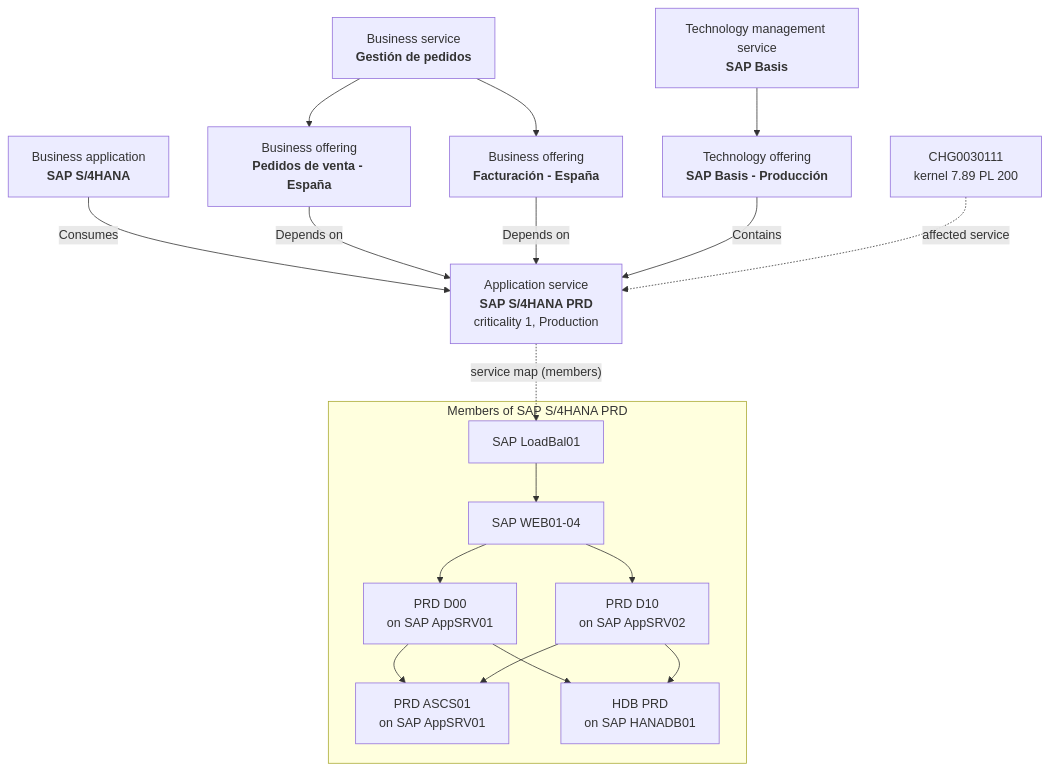
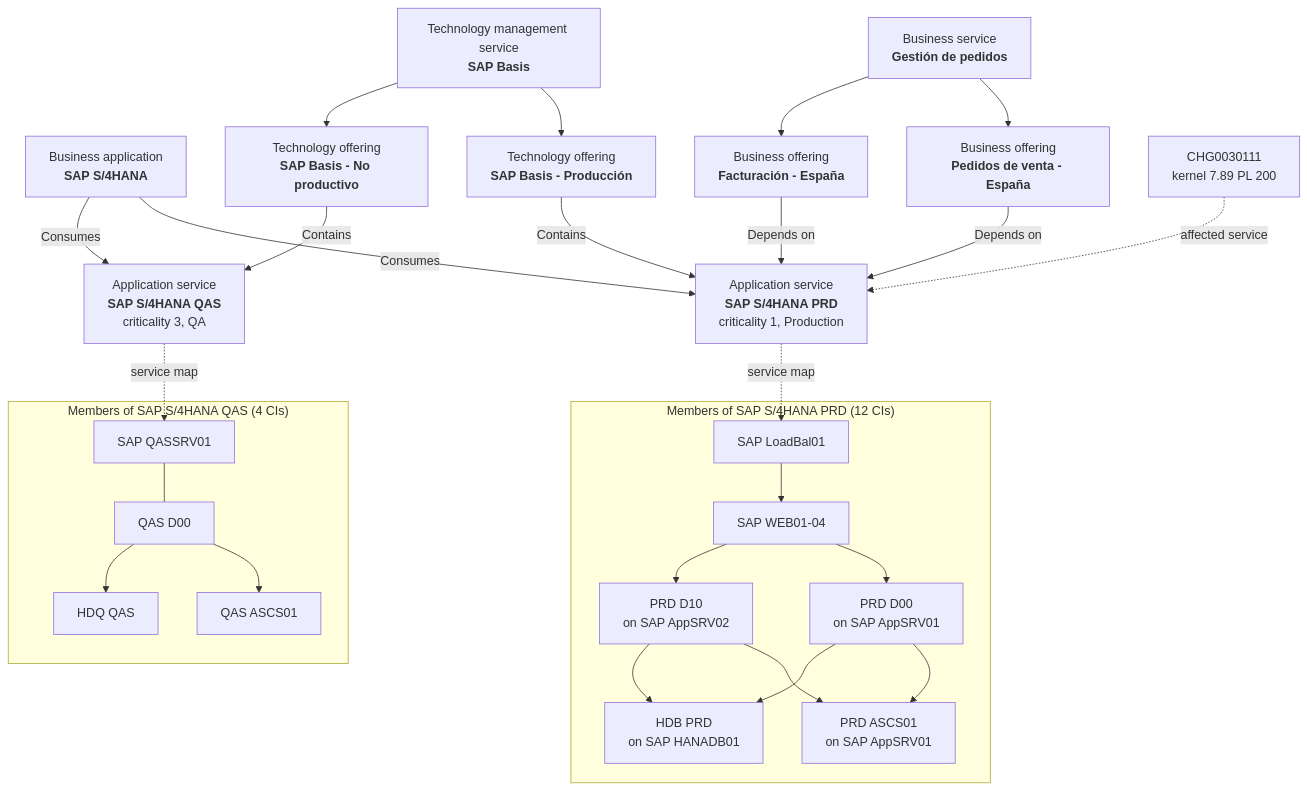
One commit to caabayfe/agenticsn changed the diagram in docs/reports/autonomous-it-everis2/10-csdm-sap.md. Above: the diagram before and after it, drawn with Mermaid. The commit also changed other lines of this file and 6 other files, not shown here.

First line of the commit message:
docs(autonomous-it): SAP model gets a QAS application service under the same business application

````diff
--- a/docs/reports/autonomous-it-everis2/10-csdm-sap.md
+++ b/docs/reports/autonomous-it-everis2/10-csdm-sap.md
@@ -23,21 +38,32 @@
 ```mermaid
 flowchart TB
+  BA["Business application<br/><b>SAP S/4HANA</b>"]
   BS["Business service<br/><b>Gestión de pedidos</b>"] --> BO1["Business offering<br/><b>Pedidos de venta - España</b>"]
   BS --> BO2["Business offering<br/><b>Facturación - España</b>"]
-  BA["Business application<br/><b>SAP S/4HANA</b>"] -- "Consumes" --> AS
-  BO1 -- "Depends on" --> AS["Application service<br/><b>SAP S/4HANA PRD</b><br/>criticality 1, Production"]
-  BO2 -- "Depends on" --> AS
-  TS["Technology management service<br/><b>SAP Basis</b>"] --> TO["Technology offering<br/><b>SAP Basis - Producción</b>"]
-  TO -- "Contains" --> AS
-  AS -. "service map (members)" .-> LB
-  subgraph MAP["Members of SAP S/4HANA PRD"]
+  TS["Technology management service<br/><b>SAP Basis</b>"] --> TO1["Technology offering<br/><b>SAP Basis - Producción</b>"]
+  TS --> TO2["Technology offering<br/><b>SAP Basis - No productivo</b>"]
+  BA -- "Consumes" --> PRD
+  BA -- "Consumes" --> QAS
+  BO1 -- "Depends on" --> PRD
+  BO2 -- "Depends on" --> PRD
+  TO1 -- "Contains" --> PRD
+  TO2 -- "Contains" --> QAS
+  PRD["Application service<br/><b>SAP S/4HANA PRD</b><br/>criticality 1, Production"]
+  QAS["Application service<br/><b>SAP S/4HANA QAS</b><br/>criticality 3, QA"]
+  PRD -. "service map" .-> LB
+  QAS -. "service map" .-> Q
+  subgraph MAPP["Members of SAP S/4HANA PRD (12 CIs)"]
     LB["SAP LoadBal01"] --> W["SAP WEB01-04"]
     W --> D0["PRD D00<br/>on SAP AppSRV01"]
     W --> D1["PRD D10<br/>on SAP AppSRV02"]
     D0 --> ASCS["PRD ASCS01<br/>on SAP AppSRV01"]
     D1 --> ASCS
     D0 --> HDB["HDB PRD<br/>on SAP HANADB01"]
     D1 --> HDB
   end
-  CHG["CHG0030111<br/>kernel 7.89 PL 200"] -. "affected service" .-> AS
+  subgraph MAPQ["Members of SAP S/4HANA QAS (4 CIs)"]
+    Q["SAP QASSRV01"] --- QD["QAS D00"] --> QA["QAS ASCS01"]
+    QD --> QH["HDQ QAS"]
+  end
+  CHG["CHG0030111<br/>kernel 7.89 PL 200"] -. "affected service" .-> PRD
 ```
````
